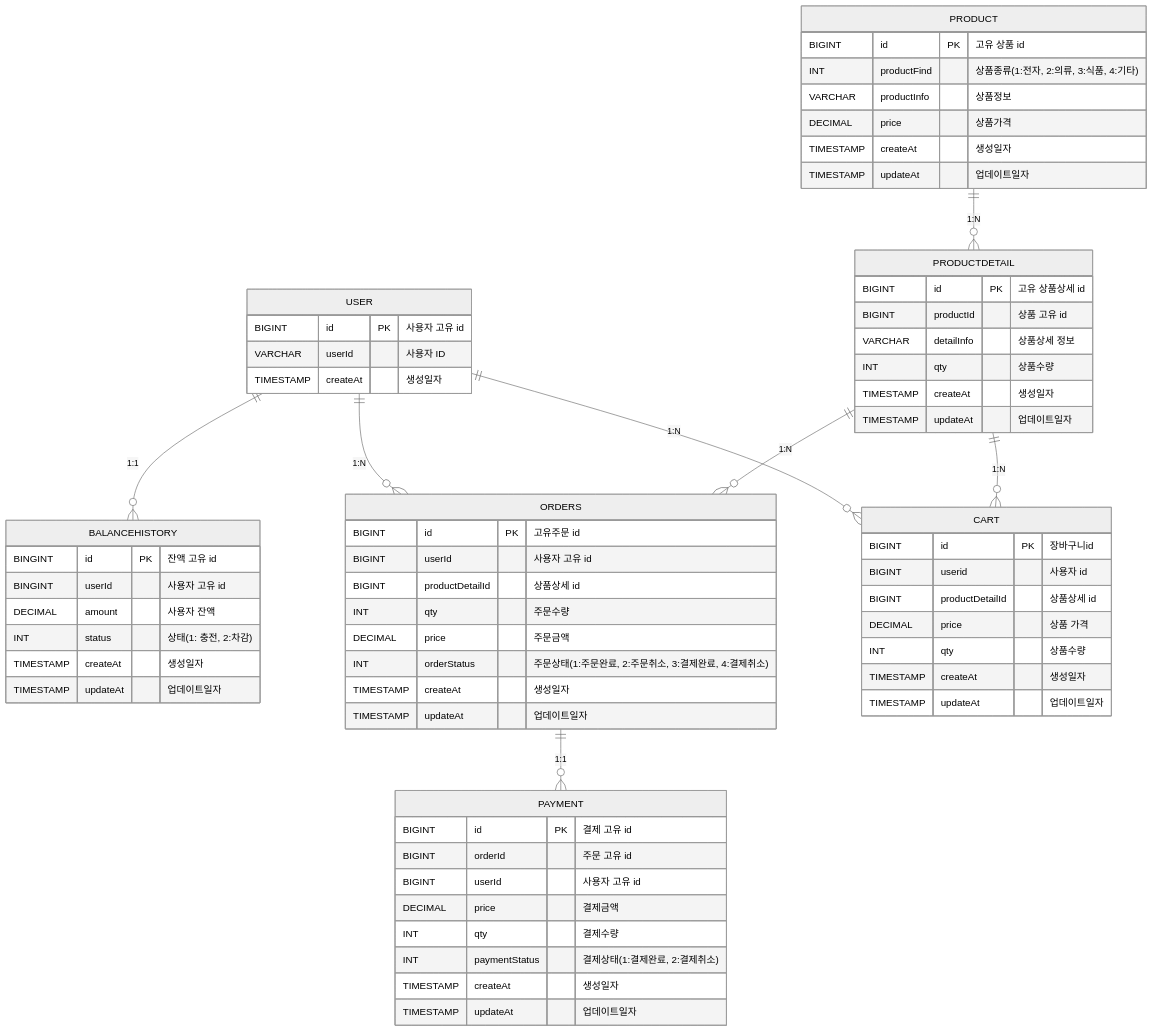
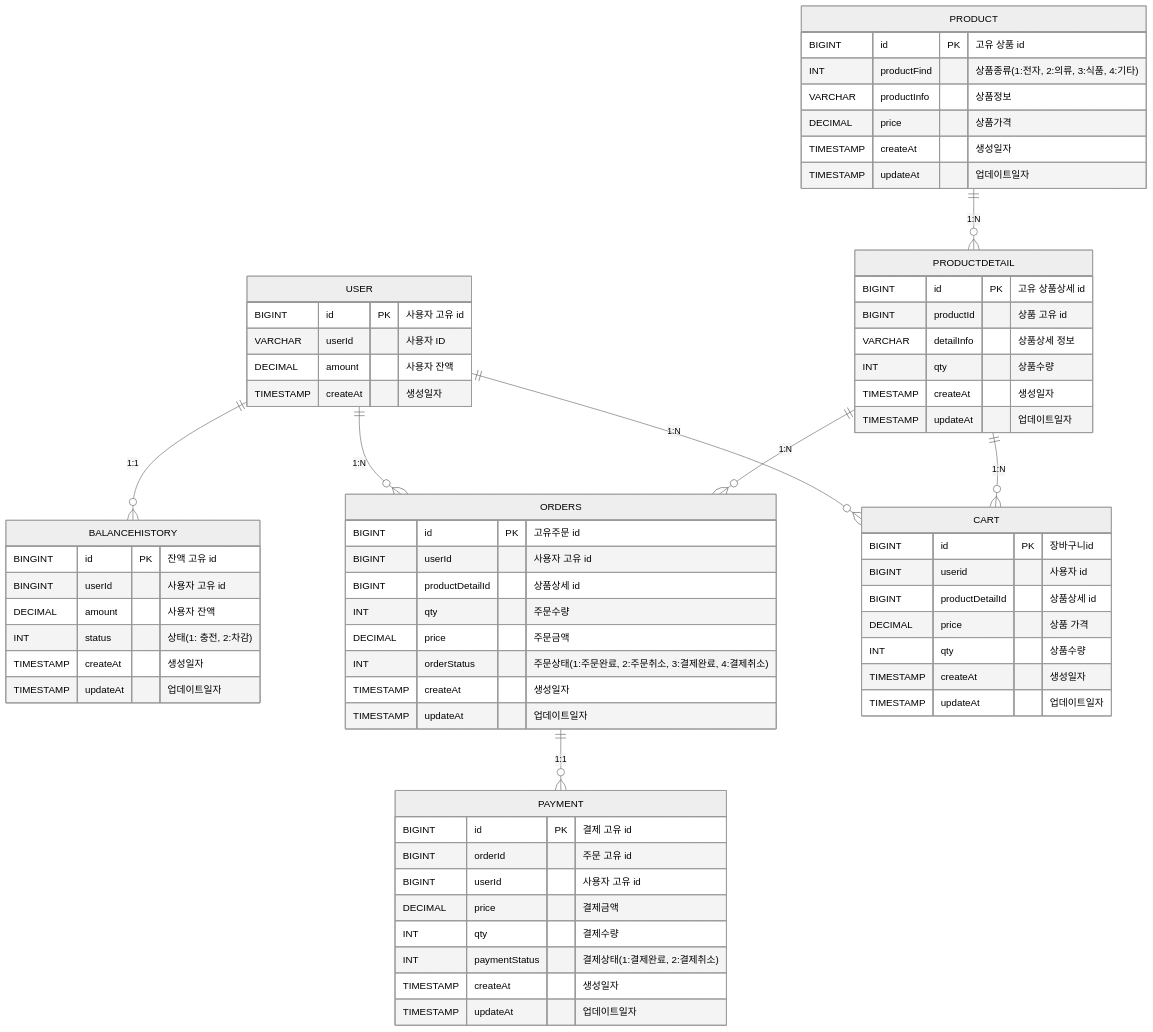
The diagram in design/ERD.md (guwls/hhplus03_ecommerce), drawn with Mermaid (neutral theme) before and after one commit.

Commit message:
ERD 수정

````diff
--- a/design/ERD.md
+++ b/design/ERD.md
@@ -3,72 +3,73 @@
 ```mermaid
 
 erDiagram
     USER ||--o{ BALANCEHISTORY : "1:1"
     USER ||--o{ ORDERS : "1:N"
     USER ||--o{ CART : "1:N"
     ORDERS ||--o{ PAYMENT : "1:1"
     PRODUCTDETAIL ||--o{ ORDERS : "1:N"
     PRODUCT ||--o{ PRODUCTDETAIL : "1:N"
     PRODUCTDETAIL ||--o{ CART : "1:N"
 
     USER {
         BIGINT      id      PK  "사용자 고유 id"
         VARCHAR     userId      "사용자 ID"
+        DECIMAL     amount      "사용자 잔액"
         TIMESTAMP createAt      "생성일자"
     }
 
     BALANCEHISTORY{
         BINGINT     id      PK  "잔액 고유 id"
         BINGINT     userId      "사용자 고유 id"
         DECIMAL     amount      "사용자 잔액"
         INT         status      "상태(1: 충전, 2:차감)"
         TIMESTAMP   createAt    "생성일자"
         TIMESTAMP   updateAt    "업데이트일자"
     }
 
     ORDERS {
         BIGINT      id              PK  "고유주문 id"
         BIGINT      userId              "사용자 고유 id"
         BIGINT      productDetailId     "상품상세 id"
         INT         qty                 "주문수량"
         DECIMAL     price               "주문금액"
         INT         orderStatus         "주문상태(1:주문완료, 2:주문취소, 3:결제완료, 4:결제취소)"
         TIMESTAMP   createAt            "생성일자"
         TIMESTAMP   updateAt            "업데이트일자"
     }
     PRODUCT {
         BIGINT      id          PK  "고유 상품 id"
         INT         productFind     "상품종류(1:전자, 2:의류, 3:식품, 4:기타)"
         VARCHAR     productInfo     "상품정보"
         DECIMAL     price           "상품가격"
         TIMESTAMP   createAt        "생성일자"
         TIMESTAMP   updateAt        "업데이트일자"
     }
     PRODUCTDETAIL {
         BIGINT      id         PK  "고유 상품상세 id"
         BIGINT      productId      "상품 고유 id"
         VARCHAR     detailInfo     "상품상세 정보"
         INT         qty            "상품수량"
         TIMESTAMP   createAt       "생성일자"
         TIMESTAMP   updateAt       "업데이트일자"
     }
     PAYMENT {
         BIGINT      id          PK  "결제 고유 id"
         BIGINT      orderId         "주문 고유 id"
         BIGINT      userId          "사용자 고유 id"
         DECIMAL     price           "결제금액"
         INT         qty             "결제수량"
         INT         paymentStatus   "결제상태(1:결제완료, 2:결제취소)"
         TIMESTAMP   createAt        "생성일자"
         TIMESTAMP   updateAt        "업데이트일자"
     }
     CART {
         BIGINT      id          PK  "장바구니id"
         BIGINT      userid          "사용자 id"
         BIGINT      productDetailId "상품상세 id"
         DECIMAL     price           "상품 가격"
         INT         qty             "상품수량"
         TIMESTAMP   createAt        "생성일자"
         TIMESTAMP   updateAt        "업데이트일자"
     }
 ```
````
